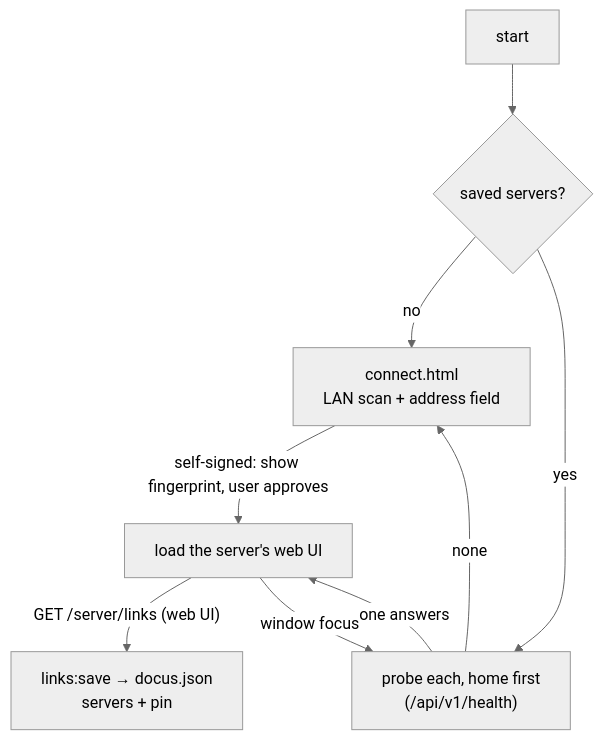
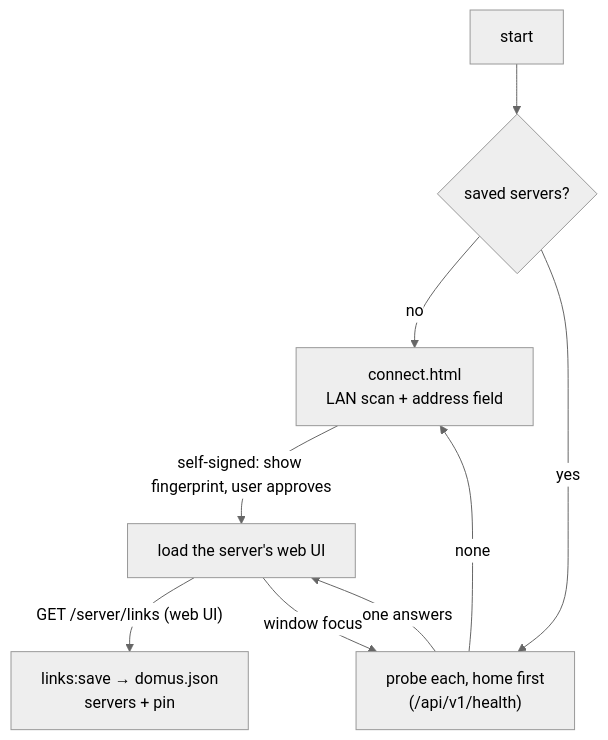
One commit to aiyu-ayaan/Domus changed the third of 3 diagrams in development/docs/DEPLOYMENT.md. Above: the diagram before and after it, drawn with Mermaid (neutral theme). The commit also changed other lines of this file and 72 other files, not shown here.

First line of the commit message:
rename(Domus) : Rename the app from Docus to Domus everywhere

````diff
--- a/development/docs/DEPLOYMENT.md
+++ b/development/docs/DEPLOYMENT.md
@@ -119,11 +119,11 @@
 ```mermaid
 flowchart TD
     S[start] --> C{saved servers?}
     C -- no --> P[connect.html<br/>LAN scan + address field]
     P -- "self-signed: show fingerprint, user approves" --> W
     C -- yes --> PR["probe each, home first<br/>(/api/v1/health)"]
     PR -- one answers --> W[load the server's web UI]
     PR -- none --> P
-    W -- "GET /server/links (web UI)" --> SV["links:save → docus.json<br/>servers + pin"]
+    W -- "GET /server/links (web UI)" --> SV["links:save → domus.json<br/>servers + pin"]
     W -- "window focus" --> PR
 ```
````
